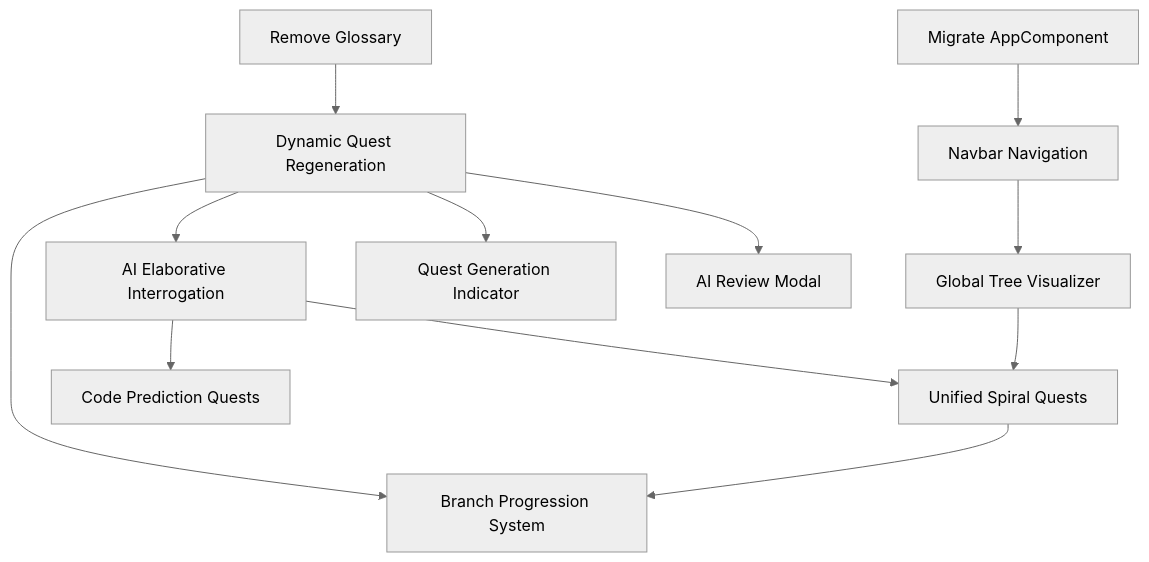
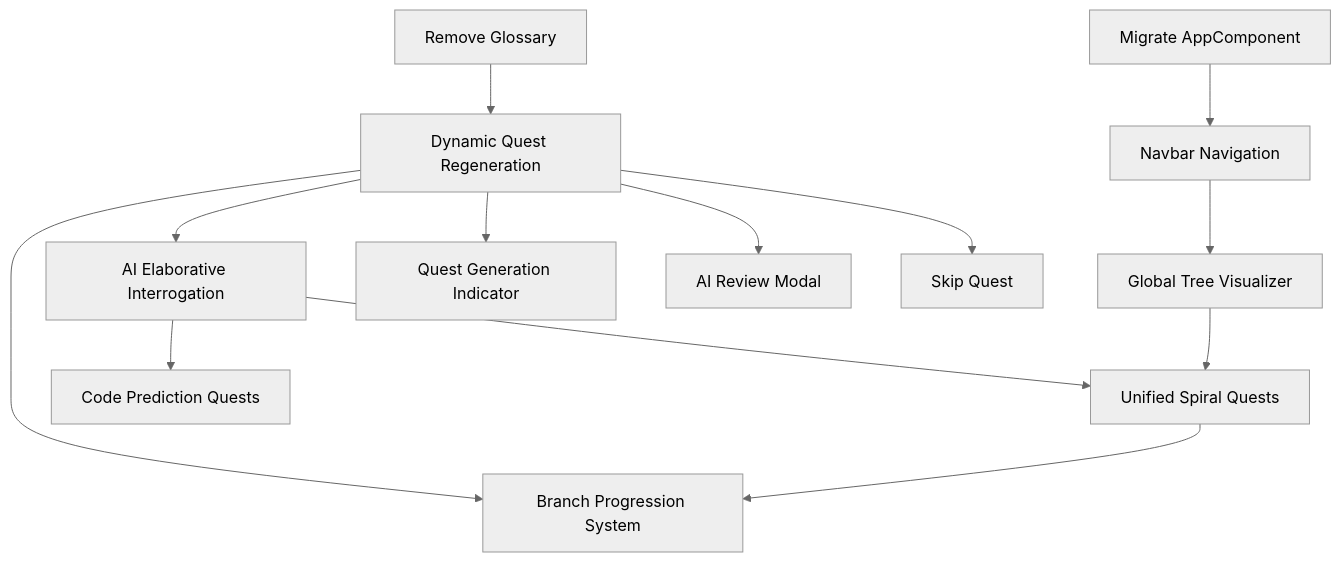
The diagram in design/phase3/phase3_main.md (gocklkatz/cos-quest-master), drawn with Mermaid (neutral theme) before and after one commit. The commit also changed other lines of this file and 1 other file, not shown here.

Commit message:
Docs: Add Phase 3 Feature F13 — Skip Quest

````diff
--- a/design/phase3/phase3_main.md
+++ b/design/phase3/phase3_main.md
@@ -64,14 +65,15 @@
 ```mermaid
 graph TD
     C1[Remove Glossary] --> F1[Dynamic Quest Regeneration]
     F1 --> F2[AI Elaborative Interrogation]
     F2 --> F5[Unified Spiral Quests]
     F2 --> F6[Code Prediction Quests]
     F4[Global Tree Visualizer] --> F5
     C4[Migrate AppComponent] --> C3
     C3[Navbar Navigation] --> F4
     F1 --> F9[Quest Generation Indicator]
     F1 --> F10[AI Review Modal]
     F1 --> F12[Branch Progression System]
     F5 --> F12
+    F1 --> F13[Skip Quest]
 ```
````
